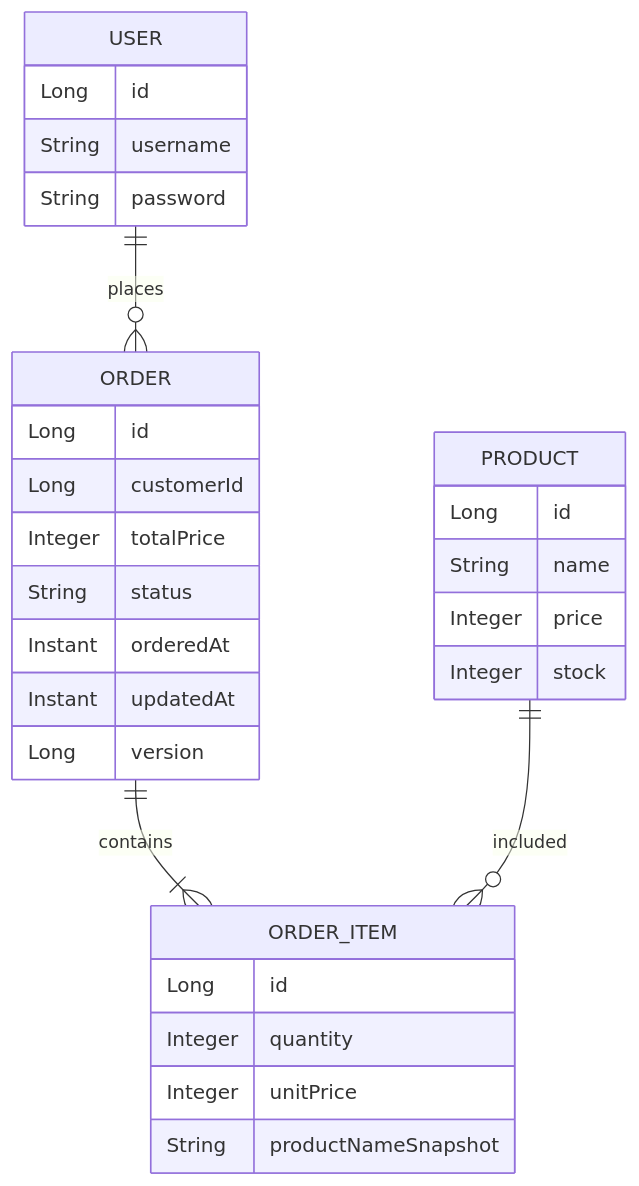
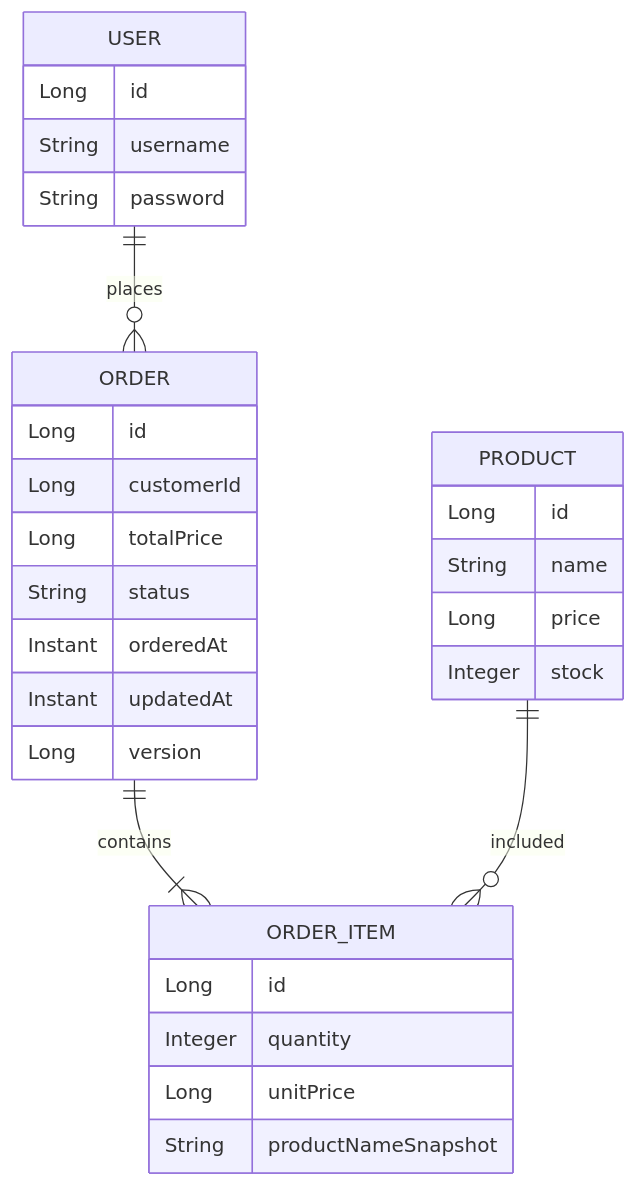
One commit to utl-flaxy/inventory-management-system changed the first of 3 diagrams in README.md. Above: the diagram before and after it, drawn with Mermaid. The commit also changed other lines of this file and 32 other files, not shown here.

````diff
--- a/README.md
+++ b/README.md
@@ -854,39 +865,39 @@
 ```mermaid
 erDiagram
 
 USER ||--o{ ORDER : places
 
 ORDER ||--|{ ORDER_ITEM : contains
 
 PRODUCT ||--o{ ORDER_ITEM : included
 
 USER {
     Long id
     String username
     String password
 }
 
 PRODUCT {
     Long id
     String name
-    Integer price
+    Long price
     Integer stock
 }
 
 ORDER {
     Long id
     Long customerId
-    Integer totalPrice
+    Long totalPrice
     String status
     Instant orderedAt
     Instant updatedAt
     Long version
 }
 
 ORDER_ITEM {
     Long id
     Integer quantity
-    Integer unitPrice
+    Long unitPrice
     String productNameSnapshot
 }
 ```
````
